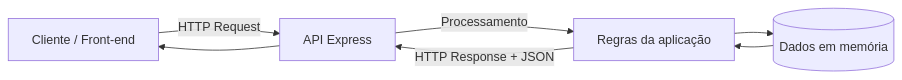
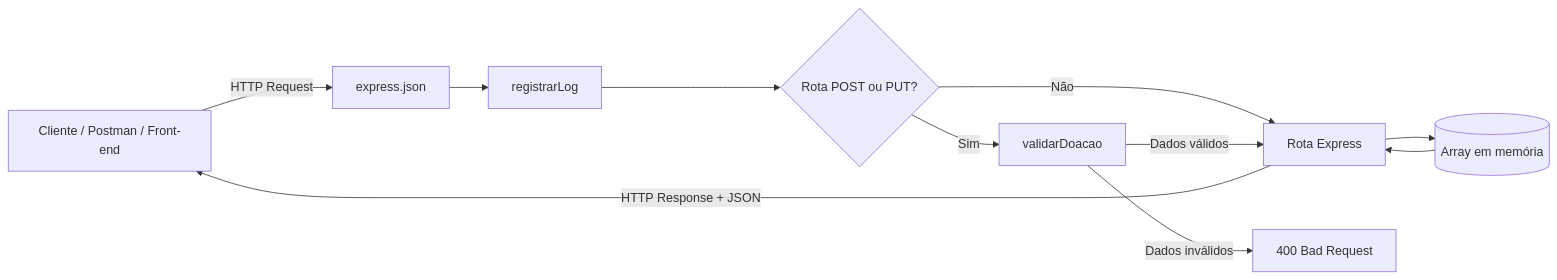
One commit to DaviAravechiaFMP/sistemaDeDoacoesBack changed the diagram in README.md. Above: the diagram before and after it, drawn with Mermaid. The commit also changed other lines of this file, not shown here.

Commit message:
aatualizando o readme para versao 2 do projeto api

````diff
--- a/README.md
+++ b/README.md
@@ -56,9 +87,13 @@
 ```mermaid
 flowchart LR
-    A[Cliente / Front-end] -->|HTTP Request| B[API Express]
-    B -->|Processamento| C[Regras da aplicação]
-    C --> D[(Dados em memória)]
-    D --> C
-    C -->|HTTP Response + JSON| B
-    B --> A
+    A[Cliente / Postman / Front-end] -->|HTTP Request| B[express.json]
+    B --> C[registrarLog]
+    C --> D{Rota POST ou PUT?}
+    D -->|Sim| E[validarDoacao]
+    D -->|Não| F[Rota Express]
+    E -->|Dados válidos| F
+    E -->|Dados inválidos| X[400 Bad Request]
+    F --> G[(Array em memória)]
+    G --> F
+    F -->|HTTP Response + JSON| A
 ```
````
